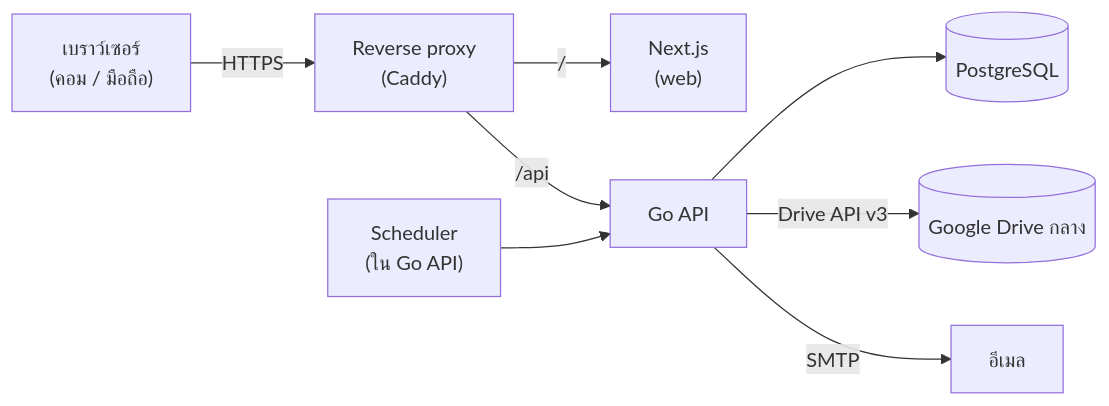
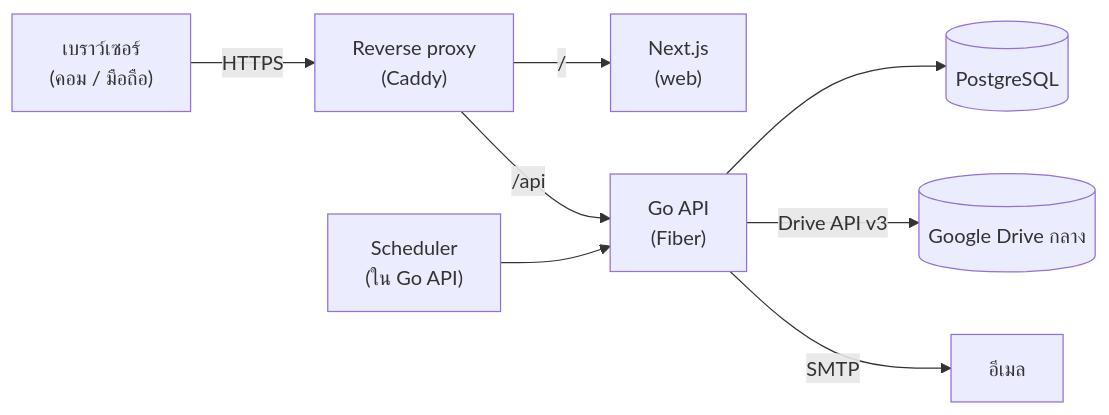
One commit to FhLk/SDMS-Backend changed the first of 3 diagrams in README.md. Above: the diagram before and after it, drawn with Mermaid. The commit also changed other lines of this file, not shown here.

````diff
--- a/README.md
+++ b/README.md
@@ -67,10 +67,10 @@
 ```mermaid
 flowchart LR
   B["เบราว์เซอร์<br/>(คอม / มือถือ)"] -->|HTTPS| RP["Reverse proxy<br/>(Caddy)"]
   RP -->|"/"| WEB["Next.js<br/>(web)"]
-  RP -->|"/api"| API["Go API"]
+  RP -->|"/api"| API["Go API<br/>(Fiber)"]
   API --> DB[("PostgreSQL")]
   API -->|"Drive API v3"| GD[("Google Drive กลาง")]
   API -->|"SMTP"| MAIL["อีเมล"]
   SCH["Scheduler<br/>(ใน Go API)"] --> API
 ```
````
